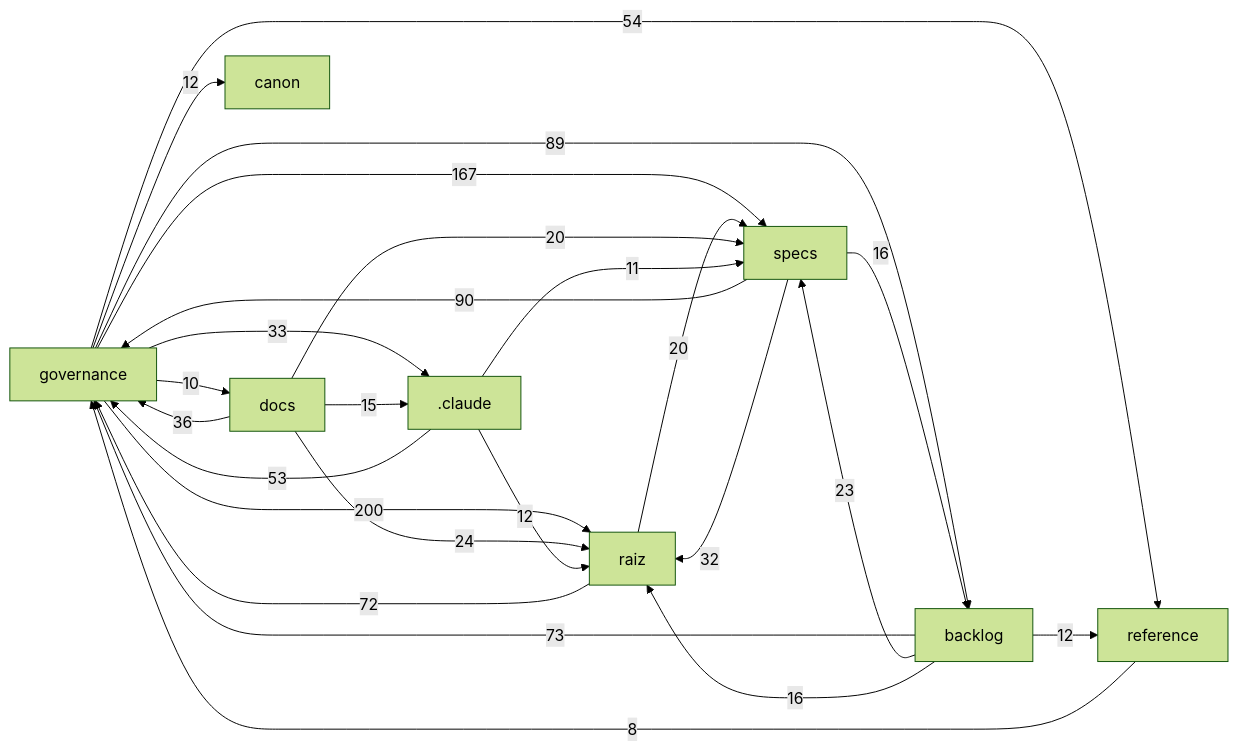
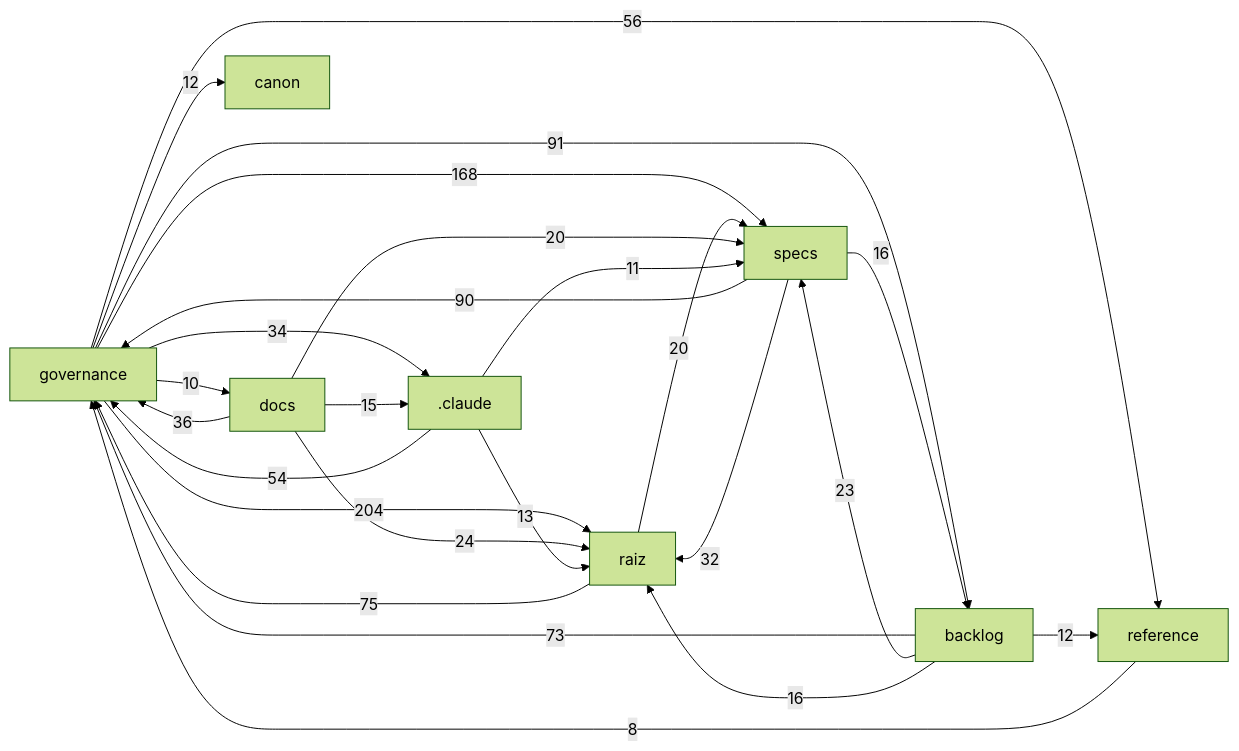
One commit to Andraus35/Sistema-Operacional-de-Trading--SOT changed the diagram in docs/mapa/MAPA-PROJETO.md. Above: the diagram before and after it, drawn with Mermaid (forest theme). The commit also changed other lines of this file and 10 other files, not shown here.

````diff
--- a/docs/mapa/MAPA-PROJETO.md
+++ b/docs/mapa/MAPA-PROJETO.md
@@ -29,27 +29,27 @@
 ```mermaid
 flowchart LR
-  governance["governance"] -->|200| raiz["raiz"]
-  governance["governance"] -->|167| specs["specs"]
+  governance["governance"] -->|204| raiz["raiz"]
+  governance["governance"] -->|168| specs["specs"]
+  governance["governance"] -->|91| backlog["backlog"]
   specs["specs"] -->|90| governance["governance"]
-  governance["governance"] -->|89| backlog["backlog"]
+  raiz["raiz"] -->|75| governance["governance"]
   backlog["backlog"] -->|73| governance["governance"]
-  raiz["raiz"] -->|72| governance["governance"]
-  governance["governance"] -->|54| reference["reference"]
-  _claude[".claude"] -->|53| governance["governance"]
+  governance["governance"] -->|56| reference["reference"]
+  _claude[".claude"] -->|54| governance["governance"]
   docs["docs"] -->|36| governance["governance"]
-  governance["governance"] -->|33| _claude[".claude"]
+  governance["governance"] -->|34| _claude[".claude"]
   specs["specs"] -->|32| raiz["raiz"]
   docs["docs"] -->|24| raiz["raiz"]
   backlog["backlog"] -->|23| specs["specs"]
   raiz["raiz"] -->|20| specs["specs"]
   docs["docs"] -->|20| specs["specs"]
   backlog["backlog"] -->|16| raiz["raiz"]
   specs["specs"] -->|16| backlog["backlog"]
   docs["docs"] -->|15| _claude[".claude"]
-  _claude[".claude"] -->|12| raiz["raiz"]
+  _claude[".claude"] -->|13| raiz["raiz"]
   backlog["backlog"] -->|12| reference["reference"]
   governance["governance"] -->|12| canon["canon"]
   _claude[".claude"] -->|11| specs["specs"]
   governance["governance"] -->|10| docs["docs"]
   reference["reference"] -->|8| governance["governance"]
 ```
````
